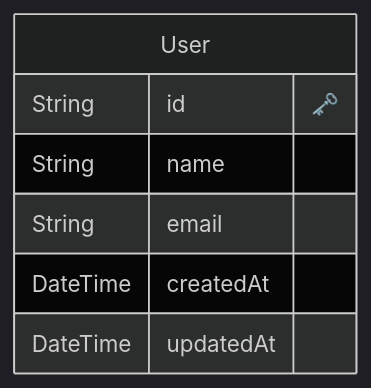
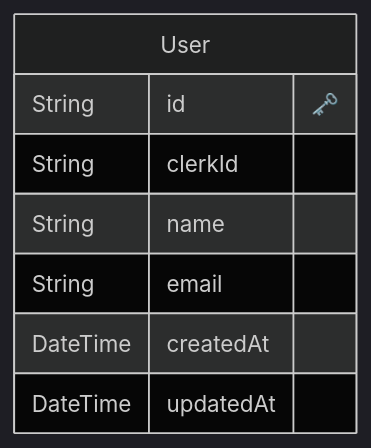
The diagram in applications/pkgs/infrastructure/prisma/ER-Diagram.gen.md (SokiKawashima/ddd-template), drawn with Mermaid (dark theme) before and after one commit. The commit also changed 15 other files, not shown here.

````diff
--- a/applications/pkgs/infrastructure/prisma/ER-Diagram.gen.md
+++ b/applications/pkgs/infrastructure/prisma/ER-Diagram.gen.md
@@ -1,12 +1,13 @@
 ```mermaid
 erDiagram
 
   "User" {
     String id "🗝️"
+    String clerkId 
     String name 
     String email 
     DateTime createdAt 
     DateTime updatedAt 
     }
   
 ```
````
